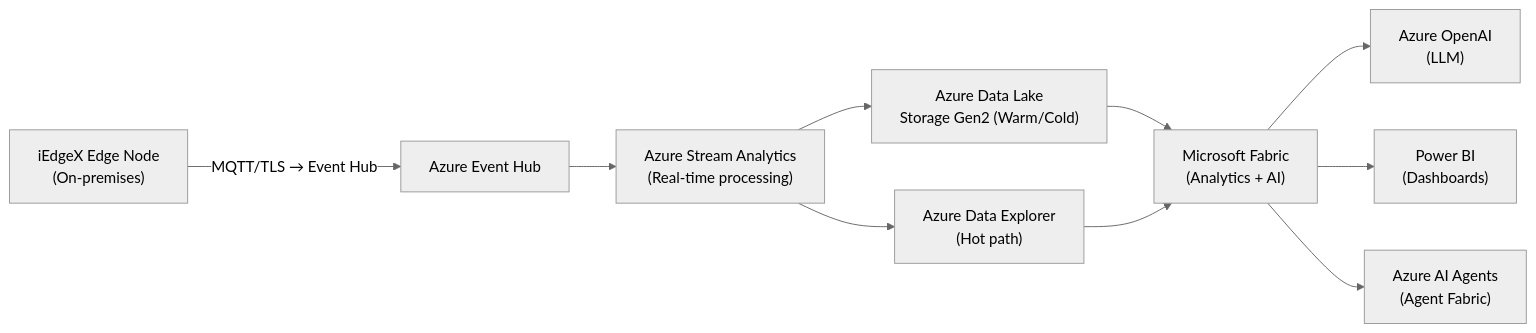
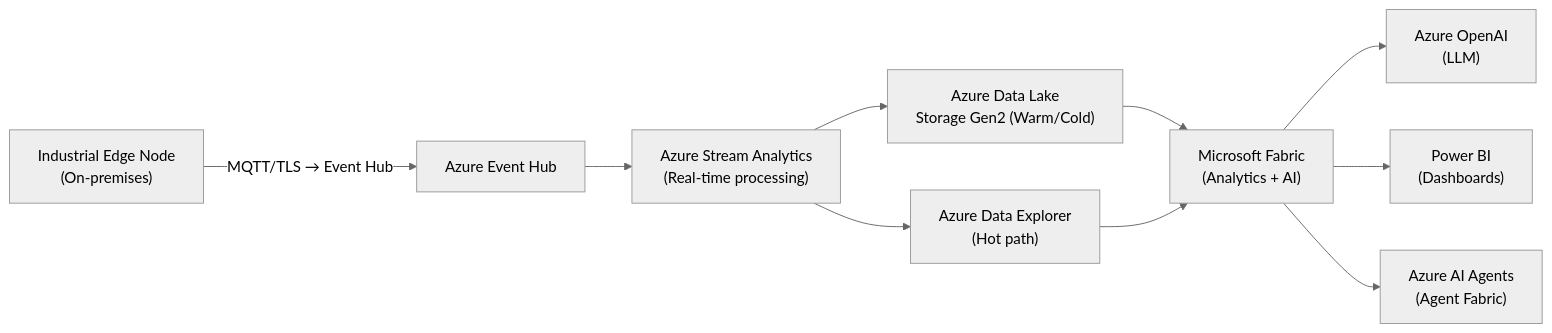
The fourth of 5 diagrams in Industrial-AI-Data-Backbone/diagrams/edge-to-cloud-architecture.md (dakhasuresh/Industrial-AI-Data-Backbone), drawn with Mermaid (neutral theme) before and after one commit. The commit also changed other lines of this file and 8 other files, not shown here.

Commit message:
Remove all iEdgeX references — replace with generic architecture terminology

````diff
--- a/Industrial-AI-Data-Backbone/diagrams/edge-to-cloud-architecture.md
+++ b/Industrial-AI-Data-Backbone/diagrams/edge-to-cloud-architecture.md
@@ -212,12 +212,12 @@
 ```mermaid
 graph LR
-    EDGE_NODE["iEdgeX Edge Node\n(On-premises)"] -->|"MQTT/TLS → Event Hub"| AZURE_EH["Azure Event Hub"]
+    EDGE_NODE["Industrial Edge Node\n(On-premises)"] -->|"MQTT/TLS → Event Hub"| AZURE_EH["Azure Event Hub"]
     AZURE_EH --> AZURE_STREAM["Azure Stream Analytics\n(Real-time processing)"]
     AZURE_STREAM --> ADX["Azure Data Explorer\n(Hot path)"]
     AZURE_STREAM --> ADLS["Azure Data Lake\nStorage Gen2 (Warm/Cold)"]
     ADLS --> FABRIC["Microsoft Fabric\n(Analytics + AI)"]
     ADX --> FABRIC
     FABRIC --> OPENAI["Azure OpenAI\n(LLM)"]
     FABRIC --> POWERBI["Power BI\n(Dashboards)"]
     FABRIC --> AI_AGENTS["Azure AI Agents\n(Agent Fabric)"]
 ```
````
